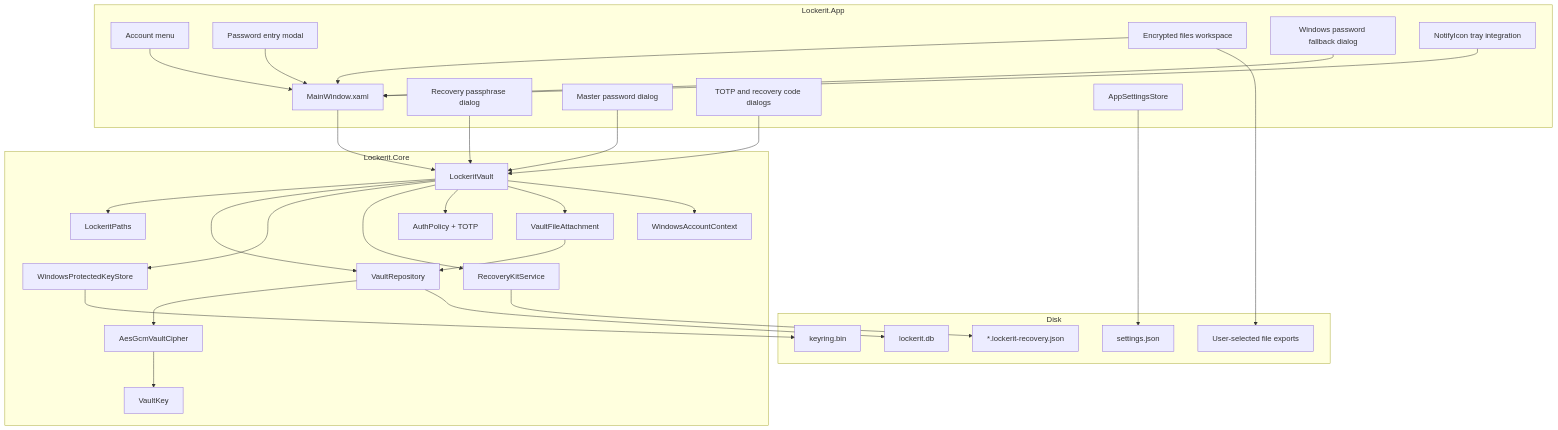
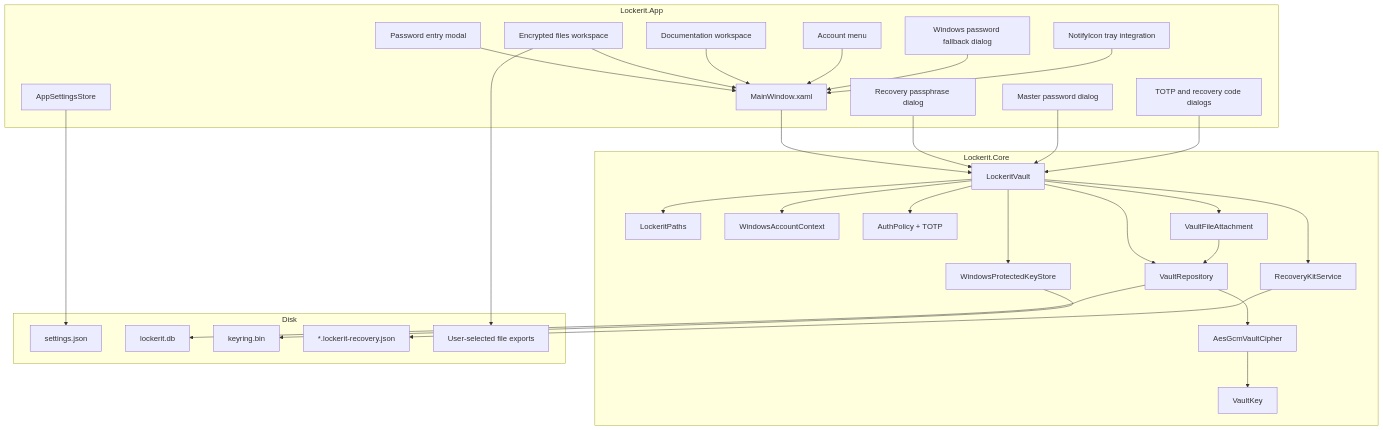
Before and after one commit to viamus/locker-it: the first of 2 diagrams in .docs/architecture.md, drawn with Mermaid. The commit also changed other lines of this file and 4 other files, not shown here.

Commit message:
Add documentation workspace and file filters

````diff
--- a/.docs/architecture.md
+++ b/.docs/architecture.md
@@ -16,61 +16,63 @@
 ```mermaid
 flowchart TB
     subgraph App["Lockerit.App"]
         MainWindow["MainWindow.xaml"]
         AccountMenu["Account menu"]
         EntryModal["Password entry modal"]
         FilesView["Encrypted files workspace"]
+        DocumentationView["Documentation workspace"]
         RecoveryDialog["Recovery passphrase dialog"]
         MasterDialog["Master password dialog"]
         TotpDialogs["TOTP and recovery code dialogs"]
         WindowsDialog["Windows password fallback dialog"]
         Tray["NotifyIcon tray integration"]
         AppSettings["AppSettingsStore"]
     end
 
     subgraph Core["Lockerit.Core"]
         Facade["LockeritVault"]
         Paths["LockeritPaths"]
         Repository["VaultRepository"]
         Cipher["AesGcmVaultCipher"]
         VaultKey["VaultKey"]
         KeyStore["WindowsProtectedKeyStore"]
         Account["WindowsAccountContext"]
         Recovery["RecoveryKitService"]
         AuthPolicy["AuthPolicy + TOTP"]
         FileModel["VaultFileAttachment"]
     end
 
     subgraph Disk["Disk"]
         SettingsFile["settings.json"]
         Database["lockerit.db"]
         Keyring["keyring.bin"]
         RecoveryKit["*.lockerit-recovery.json"]
         ExportedFiles["User-selected file exports"]
     end
 
     MainWindow --> Facade
     EntryModal --> MainWindow
     FilesView --> MainWindow
+    DocumentationView --> MainWindow
     AccountMenu --> MainWindow
     RecoveryDialog --> Facade
     MasterDialog --> Facade
     TotpDialogs --> Facade
     WindowsDialog --> MainWindow
     Tray --> MainWindow
     AppSettings --> SettingsFile
     Facade --> Paths
     Facade --> Repository
     Facade --> KeyStore
     Facade --> Recovery
     Facade --> AuthPolicy
     Facade --> FileModel
     Facade --> Account
     Repository --> Cipher
     Repository --> Database
     Cipher --> VaultKey
     KeyStore --> Keyring
     Recovery --> RecoveryKit
     FileModel --> Repository
     FilesView --> ExportedFiles
 ```
````
